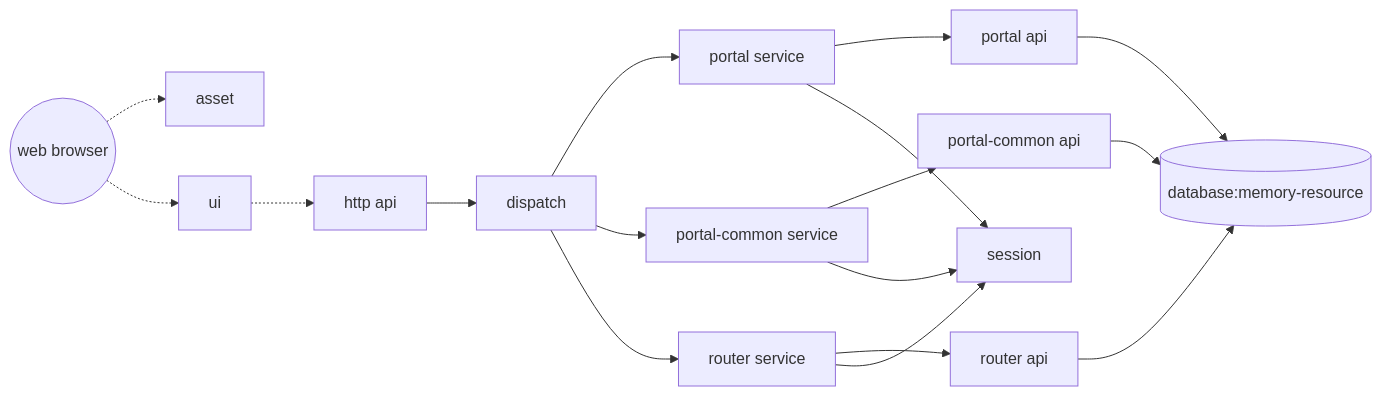
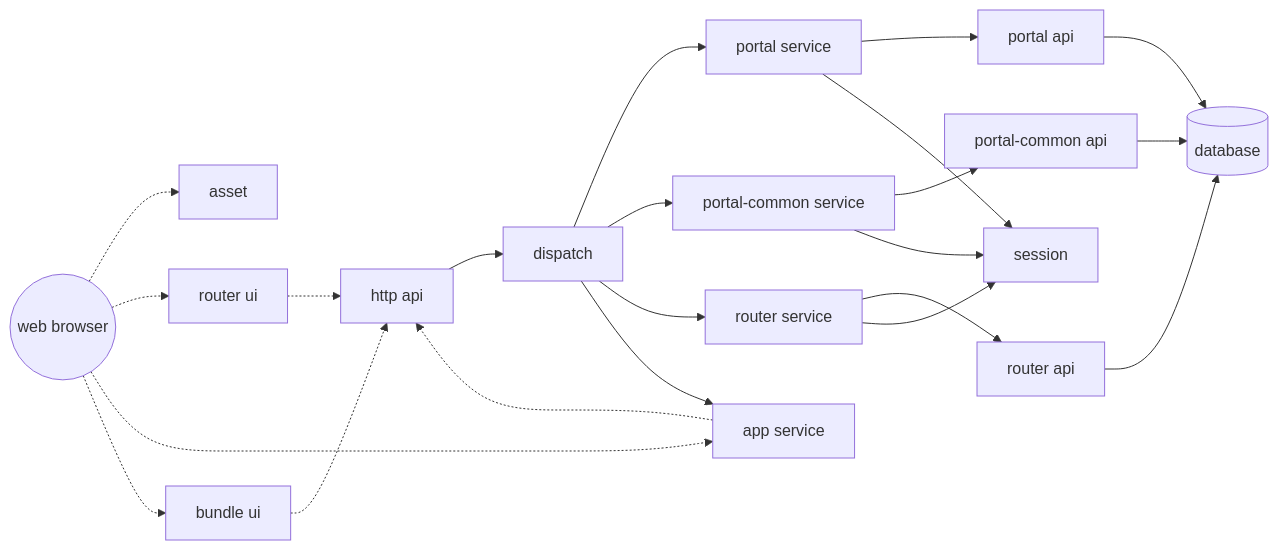
One commit to jekler/eight changed the diagram in docs/zh/3.3-switch-a-system.md. Above: the diagram before and after it, drawn with Mermaid. The commit also changed 7 other files, not shown here.

````diff
--- a/docs/zh/3.3-switch-a-system.md
+++ b/docs/zh/3.3-switch-a-system.md
@@ -56,19 +56,24 @@
 ```mermaid
 graph LR;
     A((web browser)) -.-> B[asset]
-    A -.-> C[ui]
+    A -.-> C[router ui]    
     C -.-> D[http api]
+    A -.-> N[portal ui]
+    N -.-> D
+    A -.-> O[bundle ui]
+    O -.-> D    
     D --> E[dispatch]
     E --> F[portal service]
     E --> G[portal-common service]
     E --> H[router service]
     F --> I[portal api]
     G --> J[portal-common api]
     H --> K[router api]
     F --> L[session]
     G --> L
     H --> L
-    I --> M[(database:memory-resource)]
+    I --> M[(database)]
     J --> M
     K --> M
+    E --> N[app service]
 ```
````
